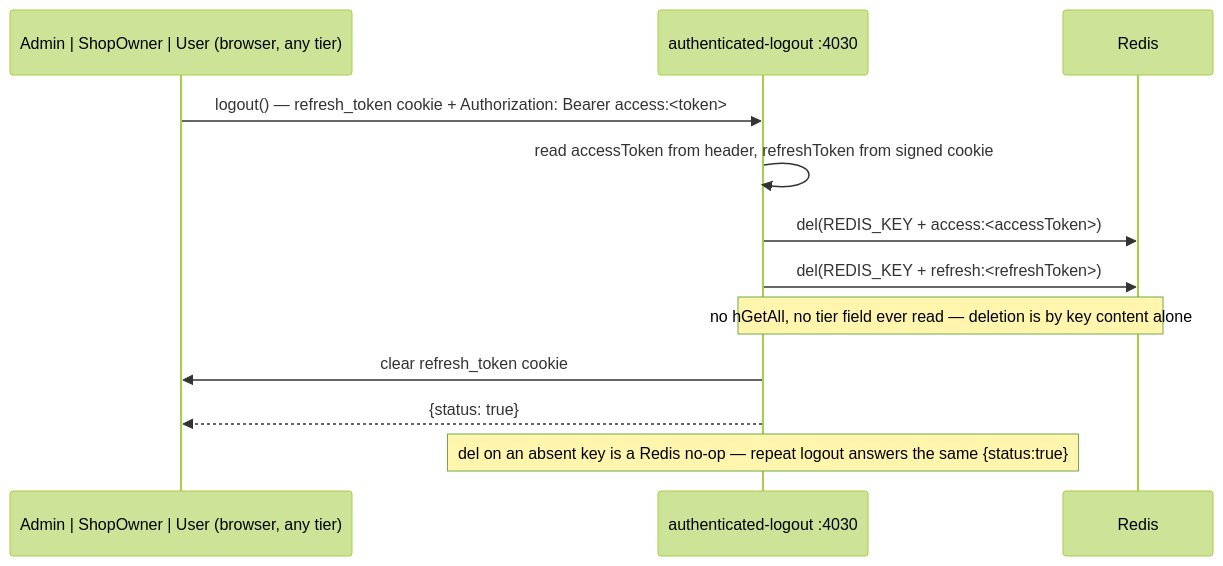
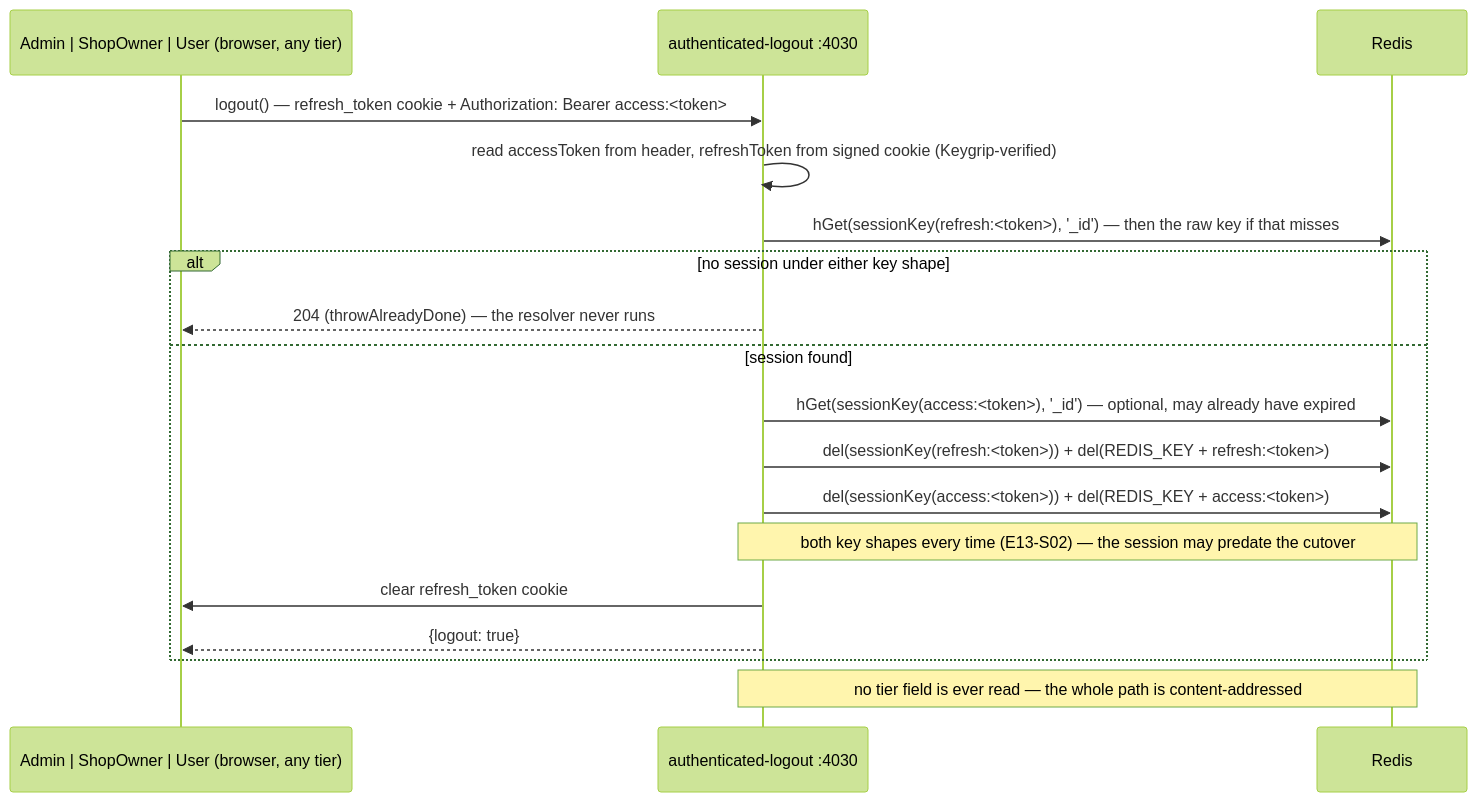
One commit to Axiumine/fullstack-marketplace-blueprint changed the third of 7 diagrams in docs/devprotocol/phase5/SEQUENCE_DIAGRAMS.md. Above: the diagram before and after it, drawn with Mermaid (forest theme). The commit also changed other lines of this file and 4 other files, not shown here.

First line of the commit message:
docs(e15): close E15-S01 with the logout that never logged out

````diff
--- a/docs/devprotocol/phase5/SEQUENCE_DIAGRAMS.md
+++ b/docs/devprotocol/phase5/SEQUENCE_DIAGRAMS.md
@@ -284,15 +284,21 @@
 ```mermaid
 sequenceDiagram
     participant Any as Admin | ShopOwner | User (browser, any tier)
     participant LO as authenticated-logout :4030
     participant Redis
 
     Any->>LO: logout() — refresh_token cookie + Authorization: Bearer access:<token>
-    LO->>LO: read accessToken from header, refreshToken from signed cookie
-    LO->>Redis: del(REDIS_KEY + access:<accessToken>)
-    LO->>Redis: del(REDIS_KEY + refresh:<refreshToken>)
-    Note over LO,Redis: no hGetAll, no tier field ever read — deletion is by key content alone
-    LO->>Any: clear refresh_token cookie
-    LO-->>Any: {status: true}
-    Note over LO: del on an absent key is a Redis no-op — repeat logout answers the same {status:true}
+    LO->>LO: read accessToken from header, refreshToken from signed cookie (Keygrip-verified)
+    LO->>Redis: hGet(sessionKey(refresh:<token>), '_id') — then the raw key if that misses
+    alt no session under either key shape
+        LO-->>Any: 204 (throwAlreadyDone) — the resolver never runs
+    else session found
+        LO->>Redis: hGet(sessionKey(access:<token>), '_id') — optional, may already have expired
+        LO->>Redis: del(sessionKey(refresh:<token>)) + del(REDIS_KEY + refresh:<token>)
+        LO->>Redis: del(sessionKey(access:<token>)) + del(REDIS_KEY + access:<token>)
+        Note over LO,Redis: both key shapes every time (E13-S02) — the session may predate the cutover
+        LO->>Any: clear refresh_token cookie
+        LO-->>Any: {logout: true}
+    end
+    Note over LO,Redis: no tier field is ever read — the whole path is content-addressed
 ```
````
